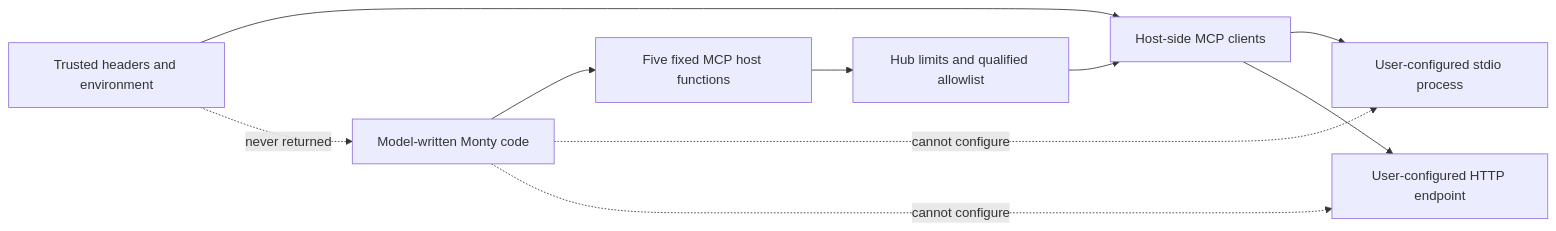
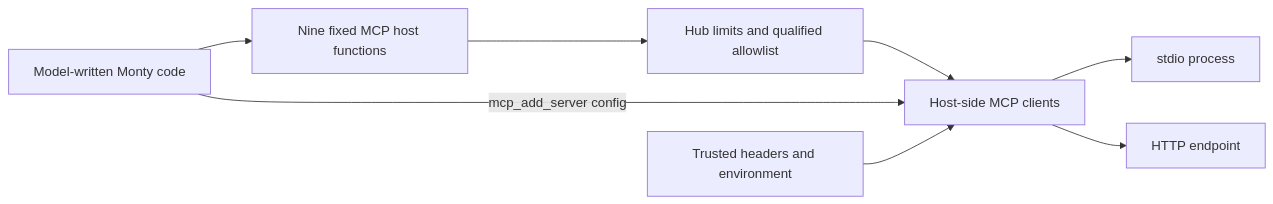
Before and after one commit to sgaseretto/arenero: the second of 2 diagrams in docs/mcp.md, drawn with Mermaid. The commit also changed other lines of this file and 18 other files, not shown here.

````diff
--- a/docs/mcp.md
+++ b/docs/mcp.md
@@ -285,13 +402,11 @@
 ```mermaid
 flowchart LR
-    Model["Model-written Monty code"] --> API["Five fixed MCP host functions"]
+    Model["Model-written Monty code"] --> API["Nine fixed MCP host functions"]
     API --> Policy["Hub limits and qualified allowlist"]
     Policy --> Client["Host-side MCP clients"]
-    Client --> Local["User-configured stdio process"]
-    Client --> Remote["User-configured HTTP endpoint"]
+    Client --> Local["stdio process"]
+    Client --> Remote["HTTP endpoint"]
 
-    Model -. cannot configure .-> Local
-    Model -. cannot configure .-> Remote
+    Model -->|mcp_add_server config| Client
     Secrets["Trusted headers and environment"] --> Client
-    Secrets -. never returned .-> Model
 ```
````
